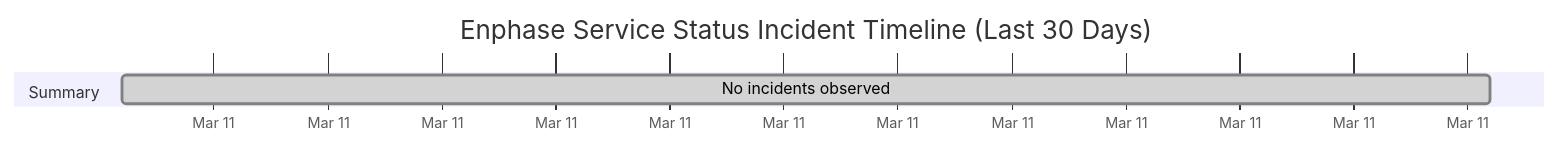
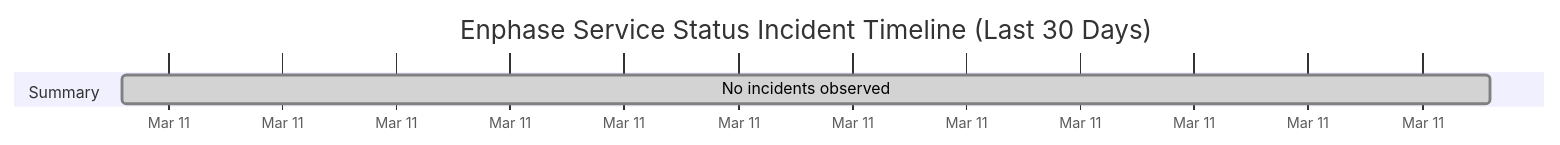
The diagram in wiki/Service-Status-History.md (barneyonline/ha-enphase-ev-charger), drawn with Mermaid before and after one commit. The commit also changed other lines of this file and 3 other files, not shown here.

````diff
--- a/wiki/Service-Status-History.md
+++ b/wiki/Service-Status-History.md
@@ -14,8 +14,8 @@
 ```mermaid
 gantt
     title Enphase Service Status Incident Timeline (Last 30 Days)
     dateFormat  YYYY-MM-DDTHH:mm:ss
     axisFormat  %b %d
     section Summary
-    No incidents observed :done, 2026-03-11T17:42:06, 1m
+    No incidents observed :done, 2026-03-11T18:41:43, 1m
 ```
````
